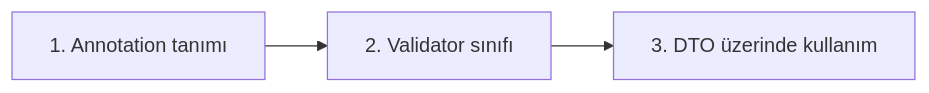
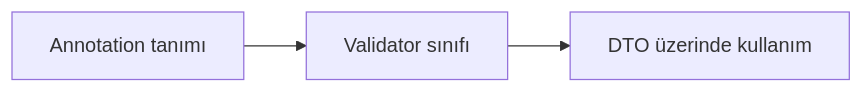
The third of 4 diagrams in 01-foundation/06-validation/README.md (adraarda23/banking-learning), drawn with Mermaid before and after one commit. The commit also changed other lines of this file and 37 other files, not shown here.

````diff
--- a/01-foundation/06-validation/README.md
+++ b/01-foundation/06-validation/README.md
@@ -196,5 +183,4 @@
 ```mermaid
 flowchart LR
-    A["1. Annotation tanımı"] --> B["2. Validator sınıfı"]
-    B --> C["3. DTO üzerinde kullanım"]
+    A["Annotation tanımı"] --> B["Validator sınıfı"] --> C["DTO üzerinde kullanım"]
 ```
````
